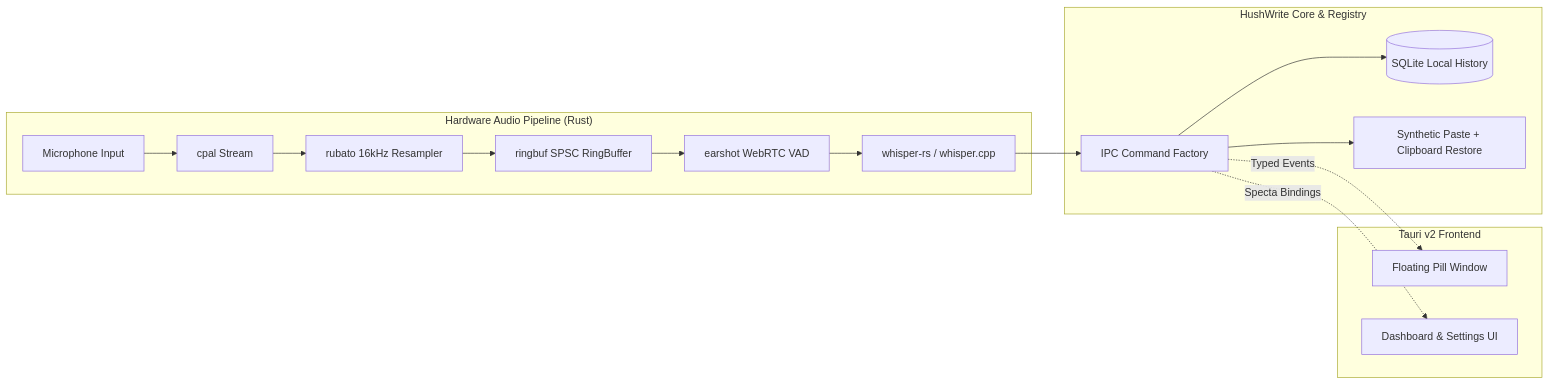
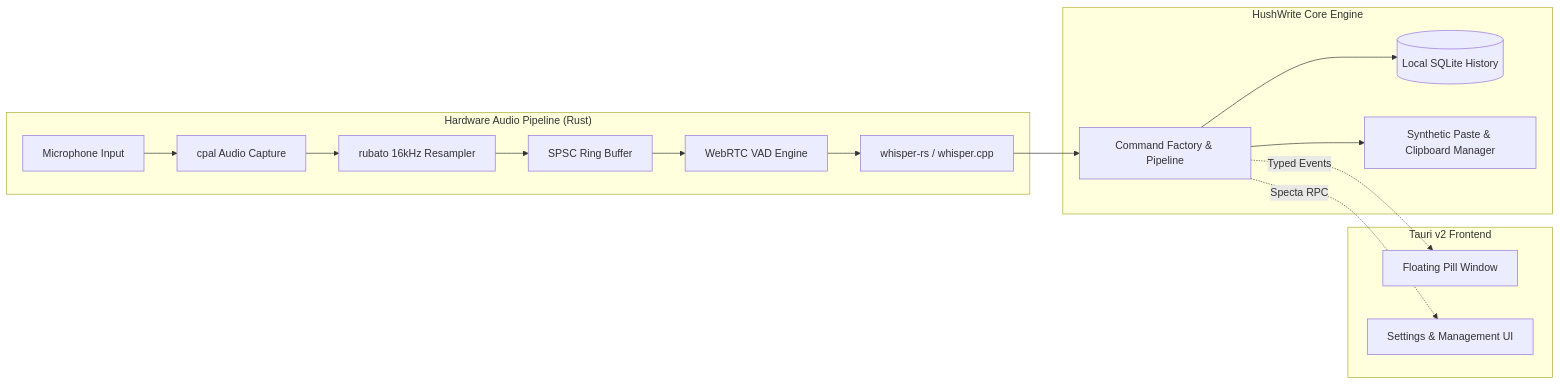
One commit to alexgutscher26/murmur-main changed the diagram in README.md. Above: the diagram before and after it, drawn with Mermaid. The commit also changed other lines of this file and 4 other files, not shown here.

````diff
--- a/README.md
+++ b/README.md
@@ -73,21 +81,21 @@
 ```mermaid
 flowchart LR
     subgraph AudioPipeline ["Hardware Audio Pipeline (Rust)"]
-        Mic[Microphone Input] --> cpal[cpal Stream]
+        Mic[Microphone Input] --> cpal[cpal Audio Capture]
         cpal --> rubato[rubato 16kHz Resampler]
-        rubato --> ringbuf[ringbuf SPSC RingBuffer]
-        ringbuf --> VAD[earshot WebRTC VAD]
+        rubato --> ringbuf[SPSC Ring Buffer]
+        ringbuf --> VAD[WebRTC VAD Engine]
         VAD --> Whisper[whisper-rs / whisper.cpp]
     end
 
-    subgraph CoreEngine ["HushWrite Core & Registry"]
-        Whisper --> Factory[IPC Command Factory]
-        Factory --> DB[(SQLite Local History)]
-        Factory --> SystemPaste[Synthetic Paste + Clipboard Restore]
+    subgraph CoreEngine ["HushWrite Core Engine"]
+        Whisper --> Factory[Command Factory & Pipeline]
+        Factory --> DB[(Local SQLite History)]
+        Factory --> SystemPaste[Synthetic Paste & Clipboard Manager]
     end
 
     subgraph UI ["Tauri v2 Frontend"]
         Factory -. Typed Events .-> Pill[Floating Pill Window]
-        Factory -. Specta Bindings .-> Dashboard[Dashboard & Settings UI]
+        Factory -. Specta RPC .-> Dashboard[Settings & Management UI]
     end
 ```
````
